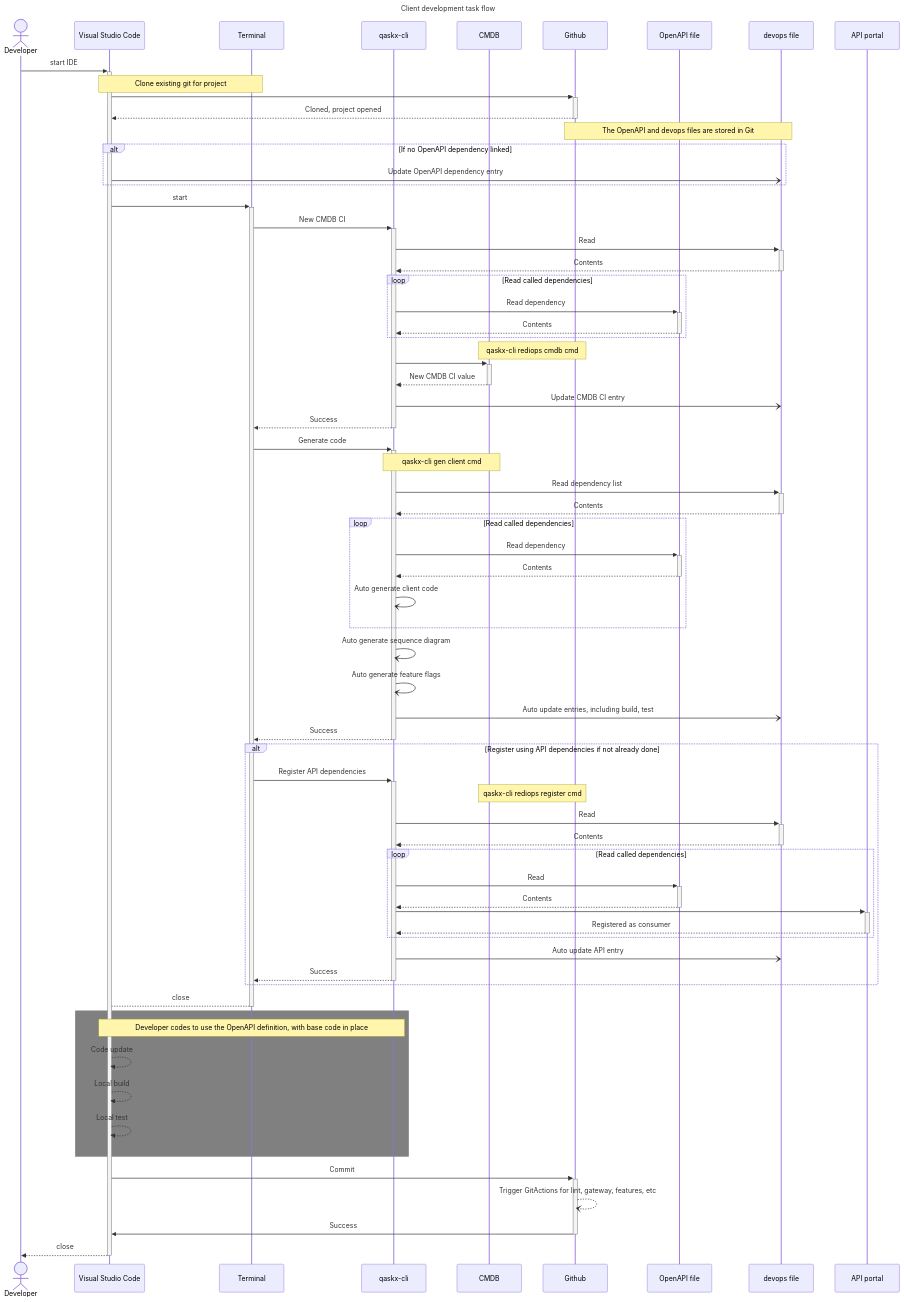
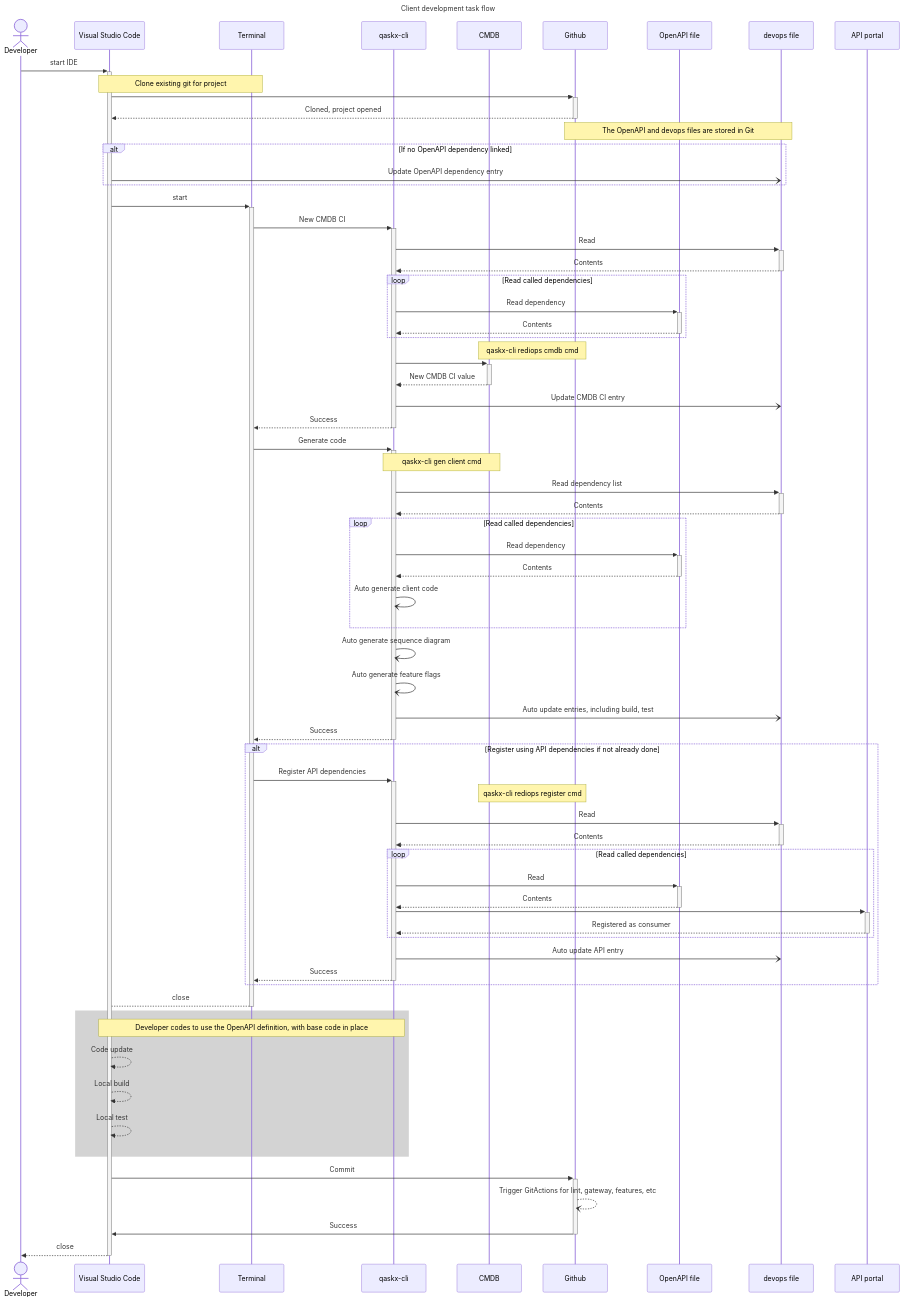
One commit to meerkat-manor/rediOps changed the first of 2 diagrams in docs/developer_client_start.md. Above: the diagram before and after it, drawn with Mermaid. The commit also changed 2 other files, not shown here.

Commit message:
Recognise server can be client

```diff
--- a/docs/developer_client_start.md
+++ b/docs/developer_client_start.md
@@ -101,13 +101,13 @@
 
     term -->- vsc: close
 
-    rect grey
+    rect lightgrey
     Note over vsc, qaskx: Developer codes to use the OpenAPI definition, with base code in place
     vsc -->> vsc: Code update
     vsc -->> vsc: Local build
     vsc -->> vsc: Local test
     end 
-    
+
     vsc ->>+ git: Commit
     git --) git: Trigger GitActions for lint, gateway, features, etc 
     git ->>- vsc: Success
```
